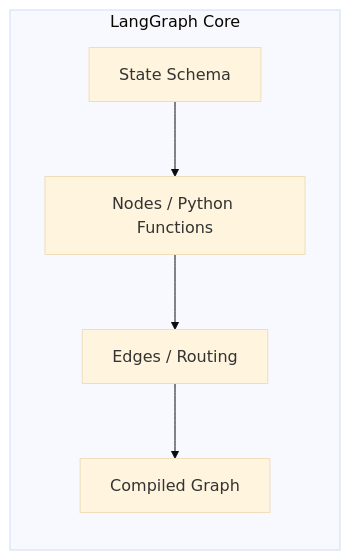
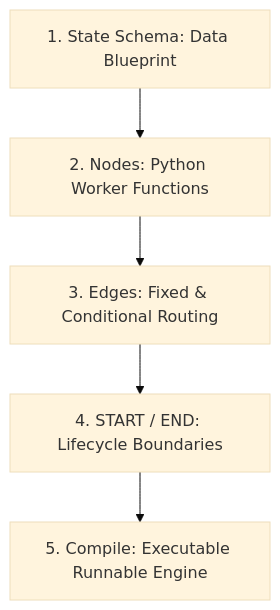
The second of 8 diagrams in notes.md (Shivanshvyas1729/Krish_naik_rag_notes2), drawn with Mermaid (base theme) before and after one commit. The commit also changed other lines of this file and 4 other files, not shown here.

````diff
--- a/notes.md
+++ b/notes.md
@@ -53,8 +80,7 @@
 ```mermaid
-graph LR
-    subgraph LangGraph Core
-        S[State Schema] --> N[Nodes / Python Functions]
-        N --> E[Edges / Routing]
-        E --> C[Compiled Graph]
-    end
+graph TD
+    S[1. State Schema: Data Blueprint] --> N[2. Nodes: Python Worker Functions]
+    N --> E[3. Edges: Fixed & Conditional Routing]
+    E --> SE[4. START / END: Lifecycle Boundaries]
+    SE --> C[5. Compile: Executable Runnable Engine]
 ```
````
